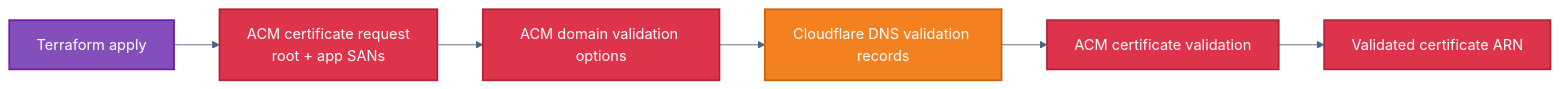
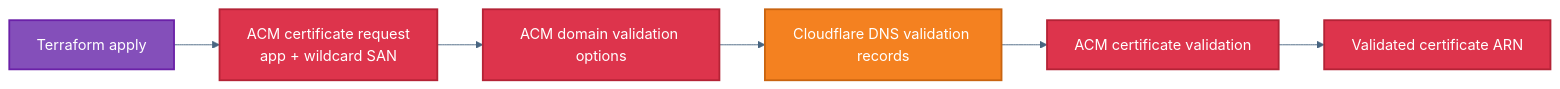
Before and after one commit to reiganarmstrong/check-split-mono: the diagram in infra/modules/certificates/README.md, drawn with Mermaid. The commit also changed other lines of this file and 3 other files, not shown here.

````diff
--- a/infra/modules/certificates/README.md
+++ b/infra/modules/certificates/README.md
@@ -20,27 +19,27 @@
 ```mermaid
 ---
 config:
   theme: base
   themeVariables:
     primaryColor: "#D9EAFD"
     primaryTextColor: "#0B2545"
     primaryBorderColor: "#2F6690"
     lineColor: "#486581"
     secondaryColor: "#E6F4EA"
     tertiaryColor: "#FFF4CC"
 ---
 flowchart LR
-  A["Terraform apply"] --> B["ACM certificate request<br/>root + app SANs"]
+  A["Terraform apply"] --> B["ACM certificate request<br/>app + wildcard SAN"]
   B --> C["ACM domain validation options"]
   C --> D["Cloudflare DNS validation records"]
   D --> E["ACM certificate validation"]
   E --> F["Validated certificate ARN"]
 
   classDef terraform fill:#844FBA,stroke:#6B21A8,color:#FFFFFF,stroke-width:2px;
   classDef acm fill:#DD344C,stroke:#B42336,color:#FFFFFF,stroke-width:2px;
   classDef cloudflare fill:#F48120,stroke:#C96410,color:#FFFFFF,stroke-width:2px;
 
   class A terraform;
   class B,C,E,F acm;
   class D cloudflare;
 ```
````
